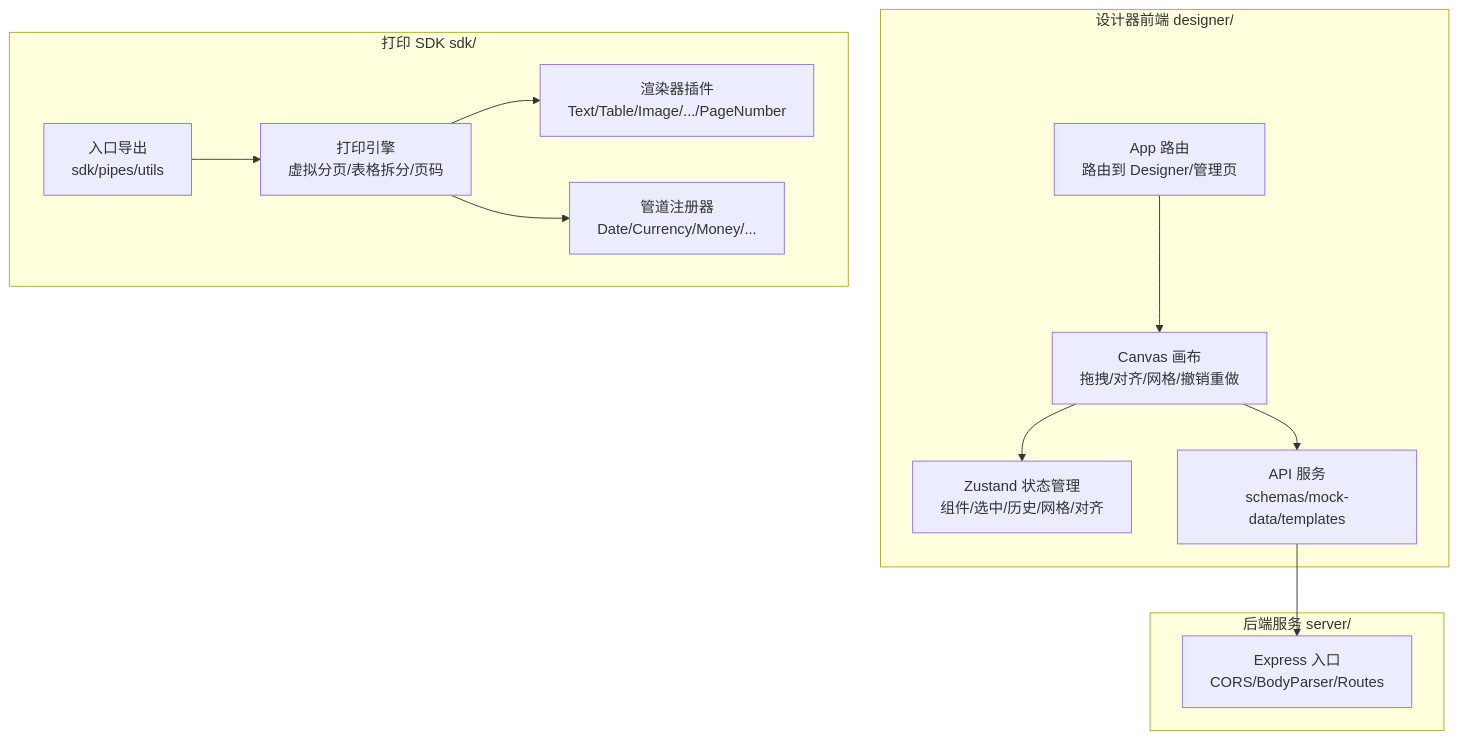
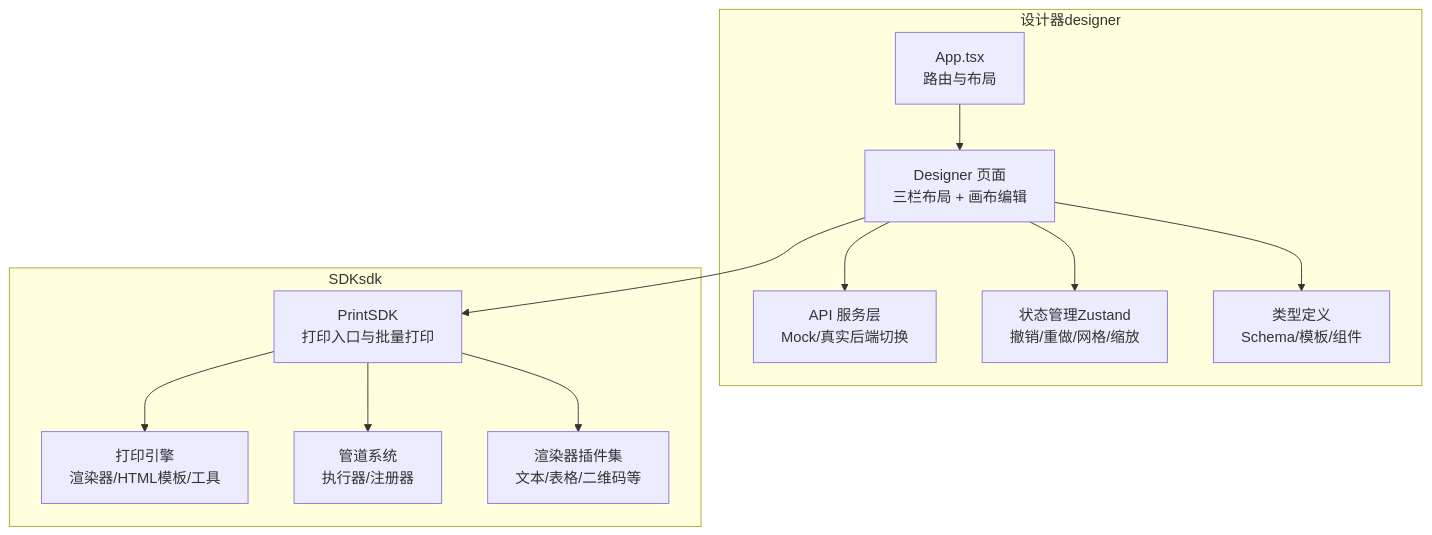
One commit to joker-yjc/printer changed the first of 8 diagrams in .qoder/repowiki/zh/content/项目概述/项目概述.md. Above: the diagram before and after it, drawn with Mermaid. The commit also changed other lines of this file and 86 other files, not shown here.

````diff
--- a/.qoder/repowiki/zh/content/项目概述/项目概述.md
+++ b/.qoder/repowiki/zh/content/项目概述/项目概述.md
@@ -75,25 +52,24 @@
 ```mermaid
 graph TB
-subgraph "设计器前端 designer/"
-D_App["App 路由<br/>路由到 Designer/管理页"]
-D_Canvas["Canvas 画布<br/>拖拽/对齐/网格/撤销重做"]
-D_Store["Zustand 状态管理<br/>组件/选中/历史/网格/对齐"]
-D_API["API 服务<br/>schemas/mock-data/templates"]
+subgraph "设计器designer"
+D_App["App.tsx<br/>路由与布局"]
+D_Designer["Designer 页面<br/>三栏布局 + 画布编辑"]
+D_API["API 服务层<br/>Mock/真实后端切换"]
+D_Store["状态管理Zustand<br/>撤销/重做/网格/缩放"]
+D_Types["类型定义<br/>Schema/模板/组件"]
 end
-subgraph "打印 SDK sdk/"
-S_Index["入口导出<br/>sdk/pipes/utils"]
-S_PrintEngine["打印引擎<br/>虚拟分页/表格拆分/页码"]
-S_Renderers["渲染器插件<br/>Text/Table/Image/.../PageNumber"]
-S_Pipes["管道注册器<br/>Date/Currency/Money/..."]
+subgraph "SDKsdk"
+S_SDK["PrintSDK<br/>打印入口与批量打印"]
+S_Engine["打印引擎<br/>渲染器/HTML模板/工具"]
+S_Pipes["管道系统<br/>执行器/注册器"]
+S_Renderers["渲染器插件集<br/>文本/表格/二维码等"]
 end
-subgraph "后端服务 server/"
-SV_Index["Express 入口<br/>CORS/BodyParser/Routes"]
-end
-D_App --> D_Canvas
-D_Canvas --> D_Store
-D_Canvas --> D_API
-D_API --> SV_Index
-S_Index --> S_PrintEngine
-S_PrintEngine --> S_Renderers
-S_PrintEngine --> S_Pipes
+D_App --> D_Designer
+D_Designer --> D_API
+D_Designer --> D_Store
+D_Designer --> D_Types
+D_Designer --> S_SDK
+S_SDK --> S_Engine
+S_SDK --> S_Pipes
+S_SDK --> S_Renderers
 ```
````
